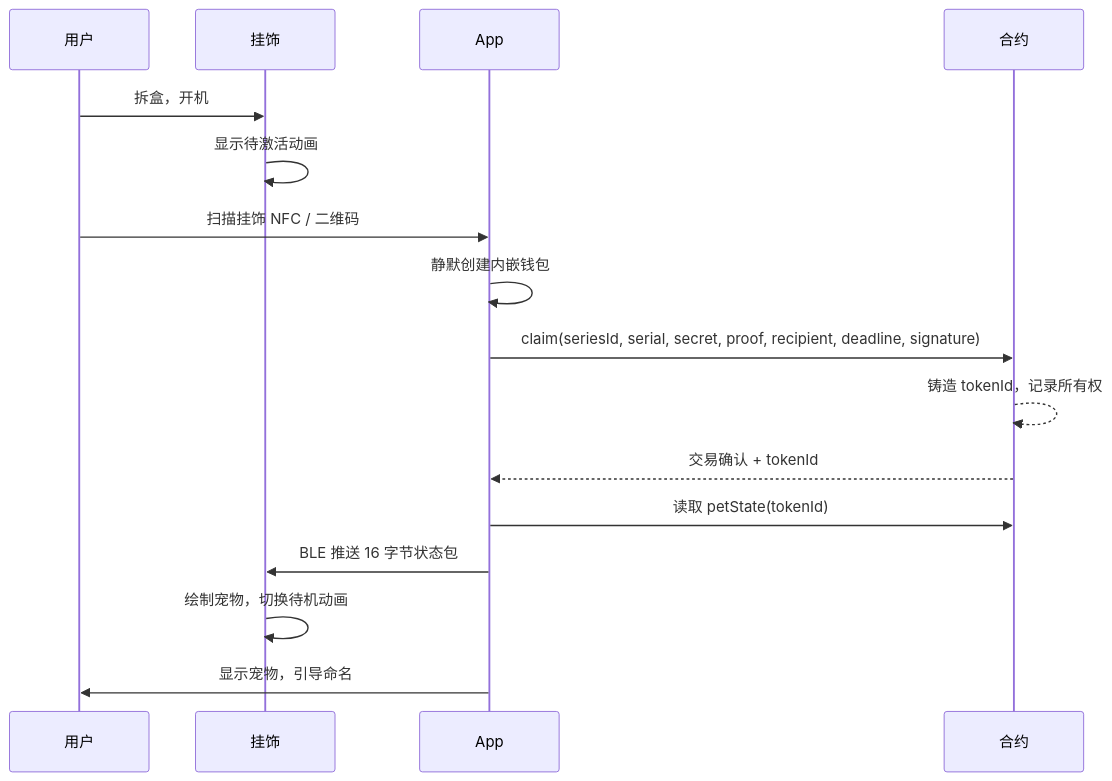
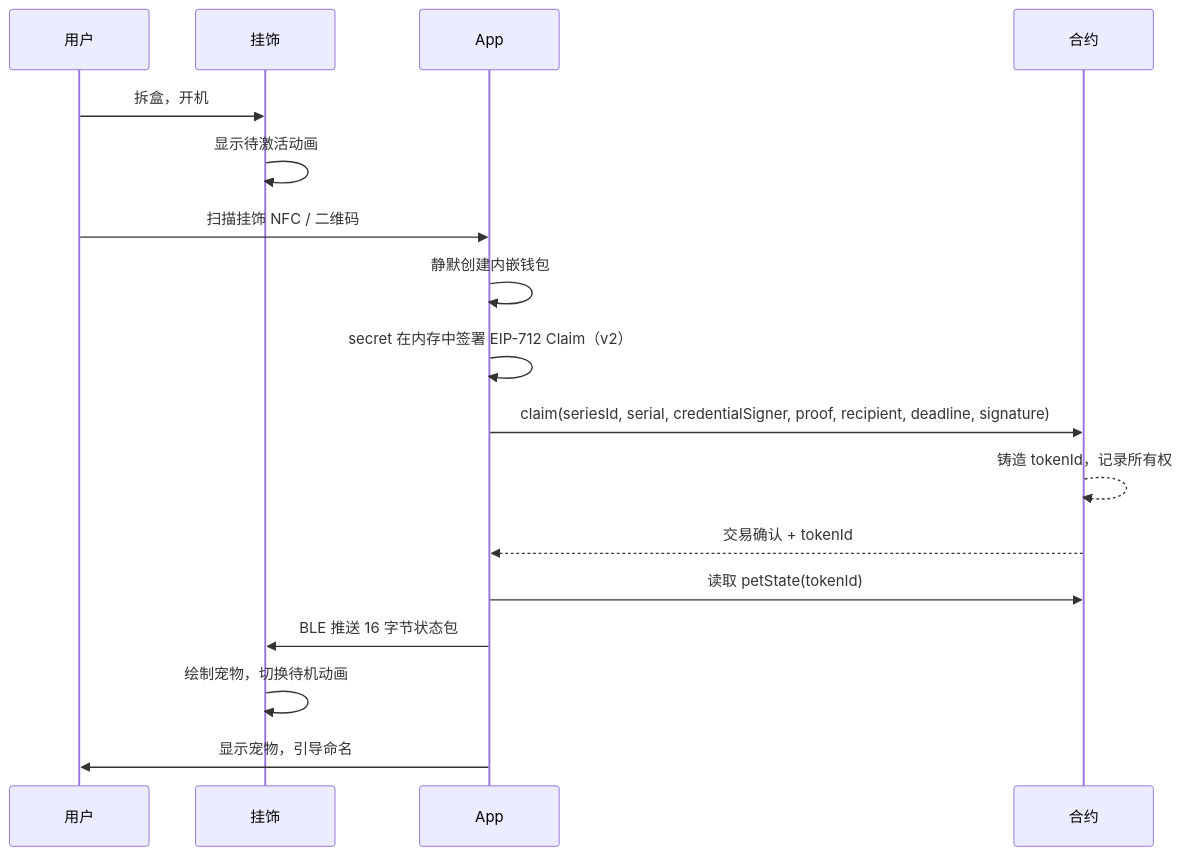
One commit to YuxiangWangUF/GlowpetDapp changed the second of 2 diagrams in docs/PRD.md. Above: the diagram before and after it, drawn with Mermaid. The commit also changed other lines of this file and 40 other files, not shown here.

````diff
--- a/docs/PRD.md
+++ b/docs/PRD.md
@@ -185,19 +201,20 @@
 ```mermaid
 sequenceDiagram
   participant U as 用户
   participant P as 挂饰
   participant A as App
   participant C as 合约
 
   U->>P: 拆盒，开机
   P->>P: 显示待激活动画
   U->>A: 扫描挂饰 NFC / 二维码
   A->>A: 静默创建内嵌钱包
-  A->>C: claim(seriesId, serial, secret, proof, recipient, deadline, signature)
+  A->>A: secret 在内存中签署 EIP-712 Claim（v2）
+  A->>C: claim(seriesId, serial, credentialSigner, proof, recipient, deadline, signature)
   C-->>C: 铸造 tokenId，记录所有权
   C-->>A: 交易确认 + tokenId
   A->>C: 读取 petState(tokenId)
   A->>P: BLE 推送 16 字节状态包
   P->>P: 绘制宠物，切换待机动画
   A->>U: 显示宠物，引导命名
 ```
````
